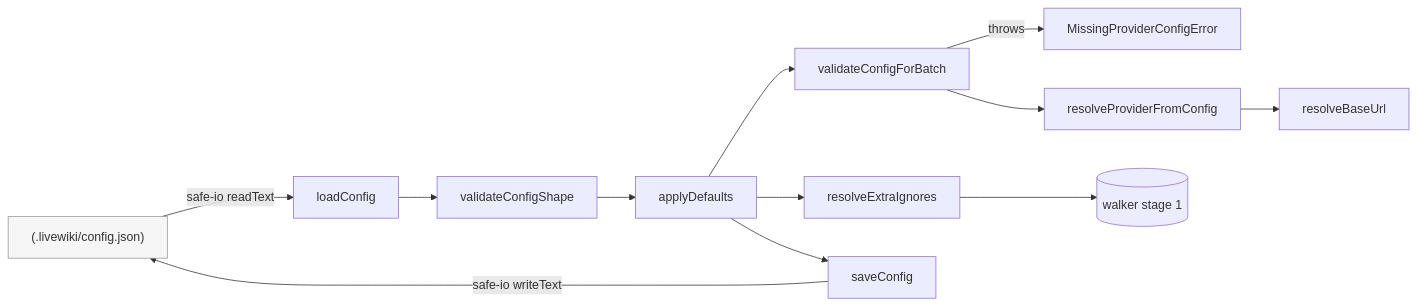
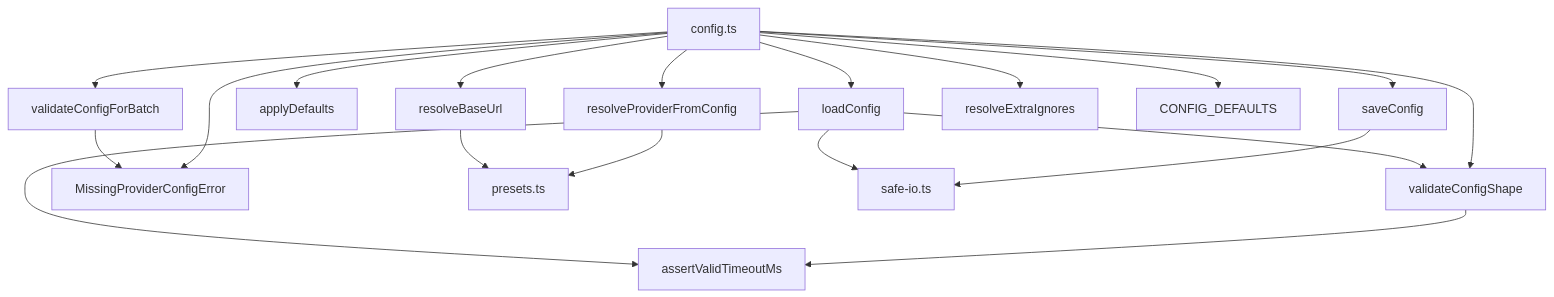
The diagram in livewiki/diagrams/core-src-config.mmd (eduardoabreu81/livewiki), drawn with Mermaid before and after one commit. The commit also changed 40 other files, not shown here.

```diff
--- a/livewiki/diagrams/core-src-config.mmd
+++ b/livewiki/diagrams/core-src-config.mmd
@@ -1,13 +1,19 @@
-flowchart LR
-  Disk["(.livewiki/config.json)"]:::store -->|safe-io readText| LoadConfig[loadConfig]
-  LoadConfig --> Shape[validateConfigShape]
-  Shape --> Defaults[applyDefaults]
-  Defaults --> Batch[validateConfigForBatch]
-  Batch -- throws --> Err[MissingProviderConfigError]
-  Batch --> Provider[resolveProviderFromConfig]
-  Provider --> BaseUrl[resolveBaseUrl]
-  Defaults --> Ignores[resolveExtraIgnores]
-  Ignores --> Walker[(walker stage 1)]
-  Defaults --> SaveConfig[saveConfig]
-  SaveConfig -->|safe-io writeText| Disk
-  classDef store fill:#f6f6f6,stroke:#999;
+graph TD
+    A[config.ts] --> B[loadConfig]
+    A --> C[saveConfig]
+    A --> D[applyDefaults]
+    A --> E[resolveProviderFromConfig]
+    A --> F[validateConfigForBatch]
+    A --> G[resolveBaseUrl]
+    A --> H[resolveExtraIgnores]
+    A --> I[validateConfigShape]
+    I --> J[assertValidTimeoutMs]
+    A --> K[MissingProviderConfigError]
+    A --> L[CONFIG_DEFAULTS]
+    B --> I
+    F --> K
+    B --> J
+    E --> M[presets.ts]
+    G --> M
+    C --> N[safe-io.ts]
+    B --> N
```
